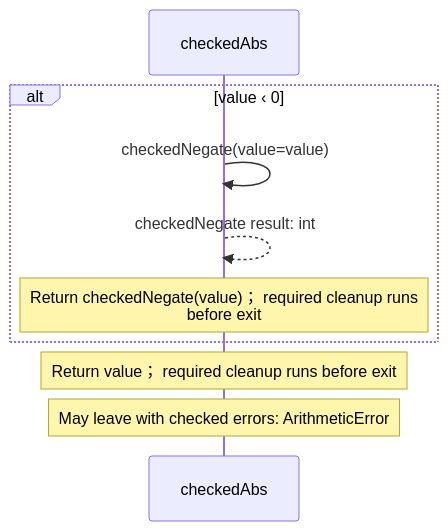
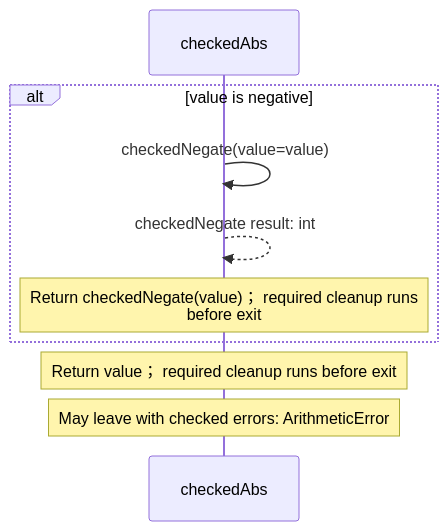
The sixth of 7 diagrams in src/stdlib/math/integers.aug.diagrams.md (GreenPandaStudios/augscript), drawn with Mermaid before and after one commit. The commit also changed other lines of this file and 658 other files, not shown here.

````diff
--- a/src/stdlib/math/integers.aug.diagrams.md
+++ b/src/stdlib/math/integers.aug.diagrams.md
@@ -124,12 +160,12 @@
 ```mermaid
 sequenceDiagram
     participant p0 as checkedAbs
 
-    alt value ‹ 0
+    alt value is negative
     p0->>p0: checkedNegate(value=value)
     p0-->>p0: checkedNegate result: int
     Note over p0: Return checkedNegate(value)； required cleanup runs<br/>before exit
     end
     Note over p0: Return value； required cleanup runs before exit
     Note over p0: May leave with checked errors: ArithmeticError
 ```
````
